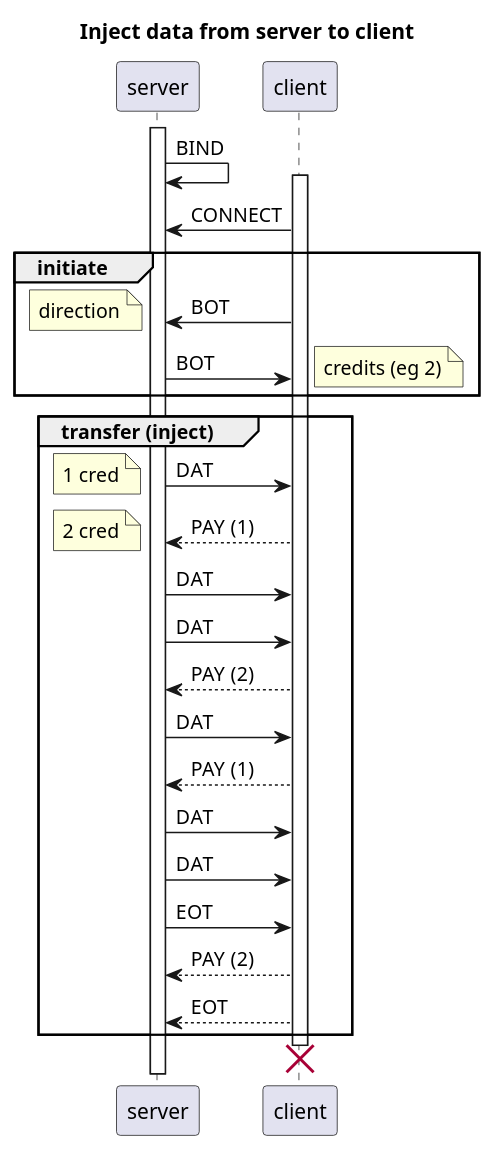
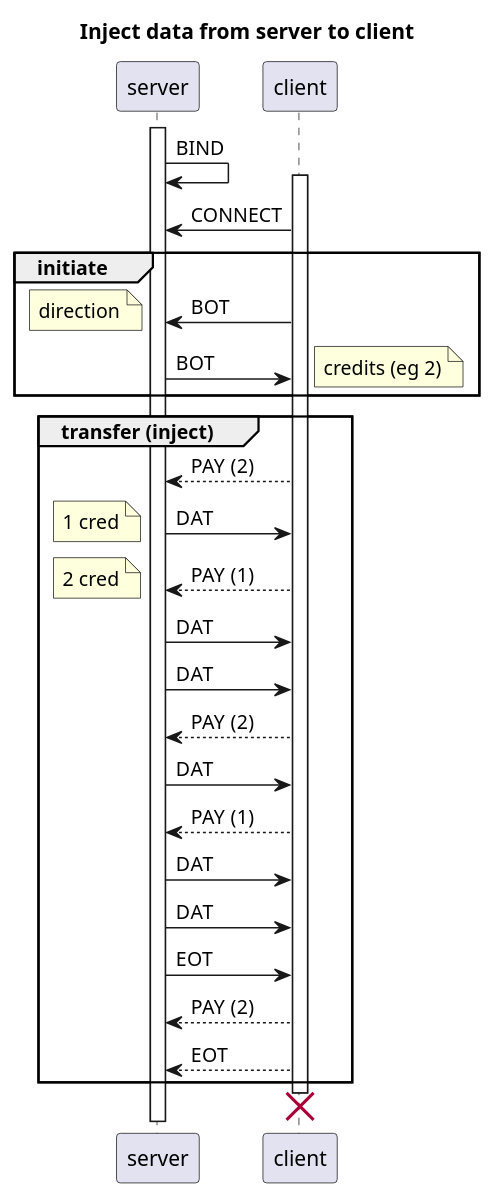
Before and after one commit to brettviren/zio: the diagram in docs/flow-inject.plantuml, drawn with PlantUML. The commit also changed 14 other files, not shown here.

Commit message:
Get flow understood, implemented, if not tested.

```diff
--- a/docs/flow-inject.plantuml
+++ b/docs/flow-inject.plantuml
@@ -1,38 +1,39 @@
 @startuml
 title Inject data from server to client
 activate server
         server -> server: BIND
         activate client
                 client -> server : CONNECT
                 group initiate
                         client -> server : BOT
                         note left
                                 direction
                         end note
                         server -> client : BOT
                         note right
                                 credits (eg 2)
                         end note
                 end
                 group transfer (inject)
+                        client --> server : PAY (2)
                         server  -> client : DAT
                         note left
                                 1 cred
                         end note
                         client --> server : PAY (1)
                         note left
                                 2 cred
                         end note
                         server  -> client : DAT
                         server  -> client : DAT
                         client --> server : PAY (2)
                         server  -> client : DAT
                         client --> server : PAY (1)
                         server  -> client : DAT
                         server  -> client : DAT
                         server -> client : EOT
                         client --> server : PAY (2)
                         client --> server : EOT
                 end
                 destroy client
                 @enduml
```
